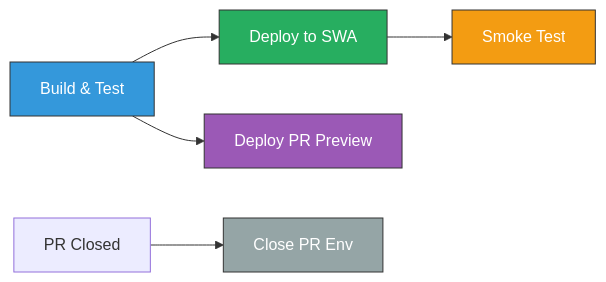
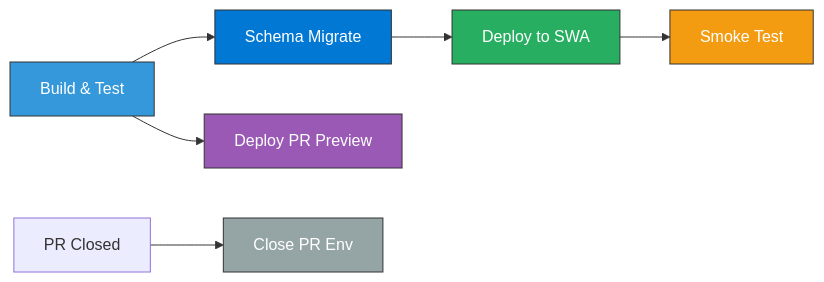
Before and after one commit to jonathan-vella/hacker-board: the third of 3 diagrams in docs/deployment-guide.md, drawn with Mermaid. The commit also changed other lines of this file and 44 other files, not shown here.

````diff
--- a/docs/deployment-guide.md
+++ b/docs/deployment-guide.md
@@ -244,13 +275,15 @@
 ```mermaid
 graph LR
-    BT[Build & Test] --> D[Deploy to SWA]
+    BT[Build & Test] --> SM[Schema Migrate]
+    SM --> D[Deploy to SWA]
     D --> ST[Smoke Test]
     BT --> DP[Deploy PR Preview]
     PR[PR Closed] --> CL[Close PR Env]
 
     style BT fill:#3498db,stroke:#333,color:#fff
+    style SM fill:#0078D4,stroke:#333,color:#fff
     style D fill:#27ae60,stroke:#333,color:#fff
     style ST fill:#f39c12,stroke:#333,color:#fff
     style DP fill:#9b59b6,stroke:#333,color:#fff
     style CL fill:#95a5a6,stroke:#333,color:#fff
 ```
````
